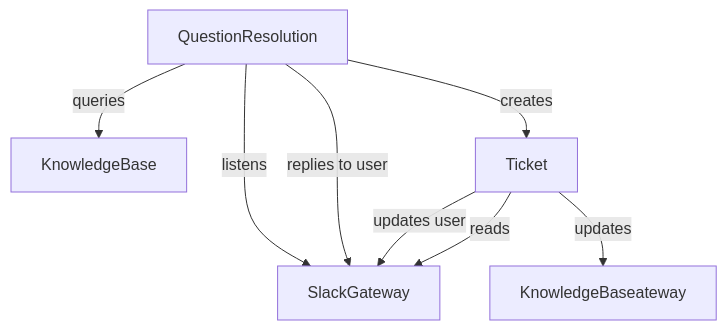
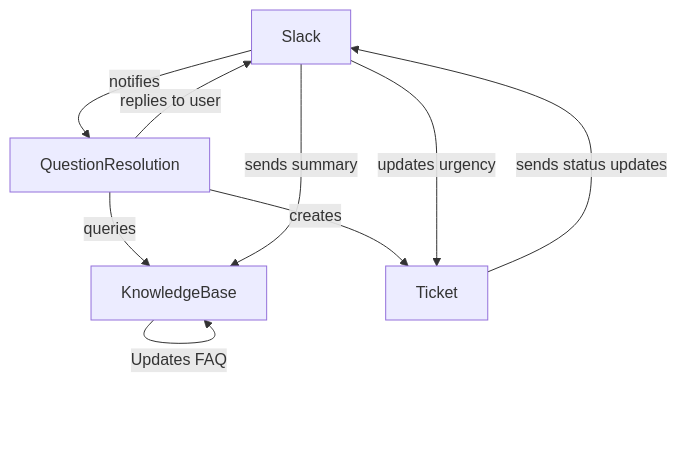
Before and after one commit to asafam/live-nl-programming: the first of 6 diagrams in data/zapier/examples/it-helpdesk.md, drawn with Mermaid. The commit also changed other lines of this file and 2 other files, not shown here.

Commit message:
Sequence diagrams

````diff
--- a/data/zapier/examples/it-helpdesk.md
+++ b/data/zapier/examples/it-helpdesk.md
@@ -22,10 +32,11 @@
 ```mermaid
 graph TD
-  QuestionResolution -->|listens| SlackGateway
-  QuestionResolution -->|queries| KnowledgeBase
-  QuestionResolution -->|replies to user| SlackGateway
+  Slack --> |notifies| QuestionResolution
+  QuestionResolution --> |queries| KnowledgeBase
+  QuestionResolution --> |replies to user| Slack
   QuestionResolution --> |creates| Ticket
-  Ticket --> |updates user| SlackGateway
-  Ticket --> |reads| SlackGateway
-  Ticket --> |updates| KnowledgeBaseateway
+  Slack --> |updates urgency| Ticket
+  Ticket --> |sends status updates| Slack
+  Slack --> |sends summary| KnowledgeBase
+  KnowledgeBase --> |Updates FAQ| KnowledgeBase
 ```
````
